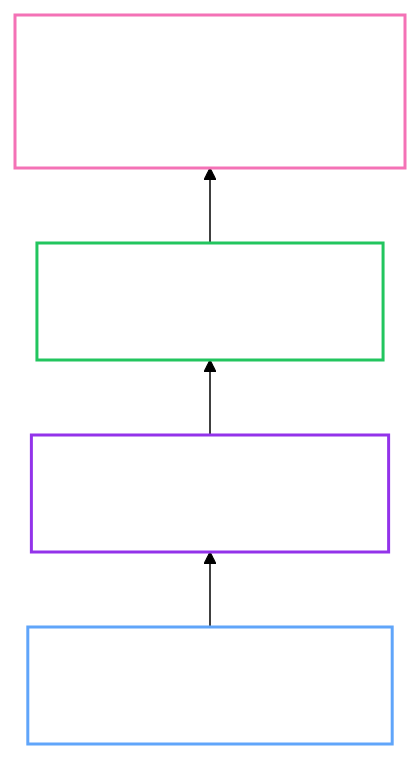
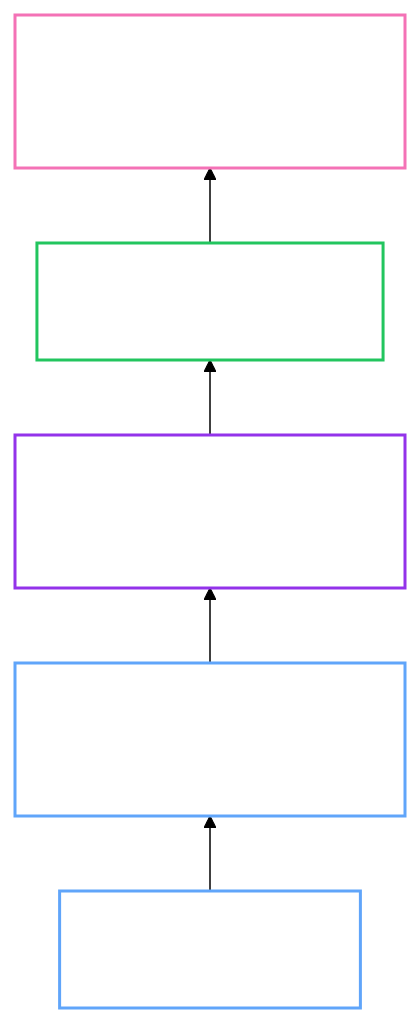
Before and after one commit to dc-tec/openbao-operator: the diagram in docs/contributing/testing.md, drawn with Mermaid (forest theme). The commit also changed other lines of this file and 1 other file, not shown here.

First line of the commit message:
docs(testing): clarify controller and fake-client lanes

````diff
--- a/docs/contributing/testing.md
+++ b/docs/contributing/testing.md
@@ -5,21 +6,24 @@
 ```mermaid
 graph BT
-    Unit["Unit Tests (Go)<br/><i>Business Logic, HCL Gen</i>"]
-    Integration["Integration (EnvTest)<br/><i>Controller Logic, K8s API</i>"]
+    Unit["Unit Tests (Go)<br/><i>Pure Logic, Helpers</i>"]
+    Contract["Fast Contract (Go)<br/><i>Builders, Fake Client, Manifests</i>"]
+    Integration["Integration (EnvTest)<br/><i>Real API Server, Reconcile Flows</i>"]
     E2E["End-to-End (Kind)<br/><i>Full Lifecycle, Upgrades</i>"]
     Manual["Manual / Exploratory<br/><i>Chaos, DR, Hardware Failures</i>"]
 
-    Unit --> Integration
+    Unit --> Contract
+    Contract --> Integration
     Integration --> E2E
     E2E --> Manual
 
     classDef read fill:transparent,stroke:#60a5fa,stroke-width:2px,color:#fff;
     classDef write fill:transparent,stroke:#22c55e,stroke-width:2px,color:#fff;
     classDef process fill:transparent,stroke:#9333ea,stroke-width:2px,color:#fff;
     classDef git fill:transparent,stroke:#f472b6,stroke-width:2px,color:#fff;
 
     class Unit read;
+    class Contract read;
     class Integration process;
     class E2E write;
     class Manual git;
 ```
````
